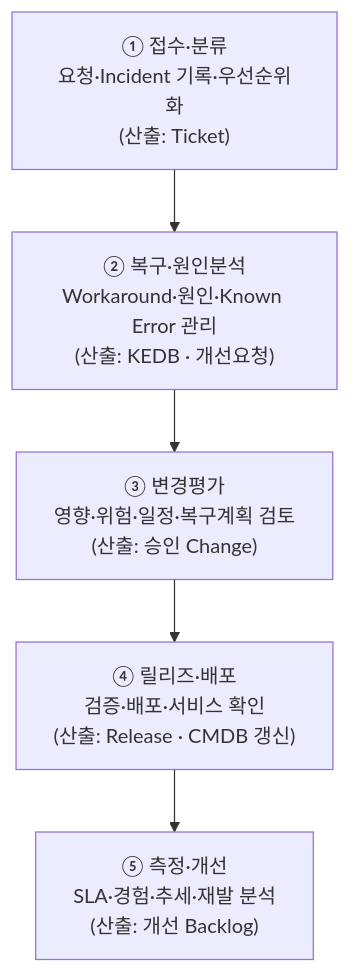
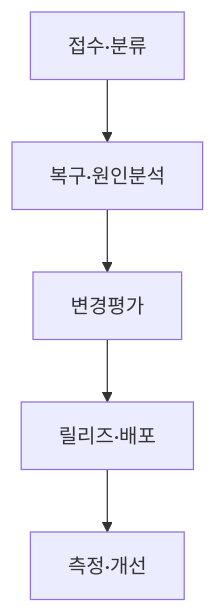
Before and after one commit to agnusdei1207/study: the third of 4 diagrams in src/content/docs/notes/itpe/01-it-strategy/044_itsm.md, drawn with Mermaid. The commit also changed other lines of this file and 19 other files, not shown here.

````diff
--- a/src/content/docs/notes/itpe/01-it-strategy/044_itsm.md
+++ b/src/content/docs/notes/itpe/01-it-strategy/044_itsm.md
@@ -97,10 +99,7 @@
 ```mermaid
 flowchart TD
-    S1["① 접수·분류<br/>요청·Incident 기록·우선순위화<br/>(산출: Ticket)"]
-    S2["② 복구·원인분석<br/>Workaround·원인·Known Error 관리<br/>(산출: KEDB · 개선요청)"]
-    S3["③ 변경평가<br/>영향·위험·일정·복구계획 검토<br/>(산출: 승인 Change)"]
-    S4["④ 릴리즈·배포<br/>검증·배포·서비스 확인<br/>(산출: Release · CMDB 갱신)"]
-    S5["⑤ 측정·개선<br/>SLA·경험·추세·재발 분석<br/>(산출: 개선 Backlog)"]
-
-    S1 --> S2 --> S3 --> S4 --> S5
+    S1["접수·분류"] --> S2["복구·원인분석"]
+    S2 --> S3["변경평가"]
+    S3 --> S4["릴리즈·배포"]
+    S4 --> S5["측정·개선"]
 ```
````
